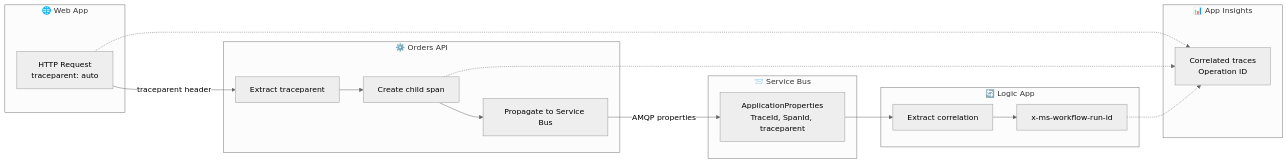
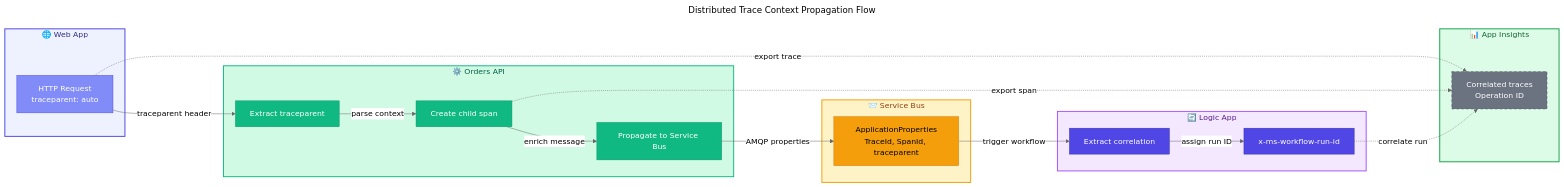
One commit to Evilazaro/Azure-LogicApps-Monitoring changed the second of 3 diagrams in docs/architecture/05-observability-architecture.md. Above: the diagram before and after it, drawn with Mermaid (neutral theme). The commit also changed other lines of this file, not shown here.

Commit message:
docs: Enhance mermaid diagrams in observability architecture with titles and improved styling for better clarity and organization

````diff
--- a/docs/architecture/05-observability-architecture.md
+++ b/docs/architecture/05-observability-architecture.md
@@ -121,35 +143,66 @@
 ```mermaid
+---
+title: Distributed Trace Context Propagation Flow
+---
 flowchart LR
-    %% Distributed Trace Context Propagation Flow
+    %% ===== CLASS DEFINITIONS =====
+    classDef primary fill:#4F46E5,stroke:#3730A3,color:#FFFFFF
+    classDef secondary fill:#10B981,stroke:#059669,color:#FFFFFF
+    classDef datastore fill:#F59E0B,stroke:#D97706,color:#000000
+    classDef external fill:#6B7280,stroke:#4B5563,color:#FFFFFF,stroke-dasharray: 5 5
+    classDef failed fill:#F44336,stroke:#C62828,color:#FFFFFF
+    classDef trigger fill:#818CF8,stroke:#4F46E5,color:#FFFFFF
+    classDef decision fill:#FFFBEB,stroke:#F59E0B,color:#000000
+    classDef input fill:#F3F4F6,stroke:#6B7280,color:#000000
+
+    %% ===== WEB APP SUBGRAPH =====
     subgraph WebApp["🌐 Web App"]
         W1["HTTP Request<br/>traceparent: auto"]
     end
+    style WebApp fill:#EEF2FF,stroke:#4F46E5,stroke-width:2px,color:#312E81
 
+    %% ===== ORDERS API SUBGRAPH =====
     subgraph API["⚙️ Orders API"]
         A1["Extract traceparent"]
         A2["Create child span"]
         A3["Propagate to Service Bus"]
     end
+    style API fill:#D1FAE5,stroke:#10B981,stroke-width:2px,color:#065F46
 
+    %% ===== SERVICE BUS SUBGRAPH =====
     subgraph ServiceBus["📨 Service Bus"]
         SB1["ApplicationProperties<br/>TraceId, SpanId, traceparent"]
     end
+    style ServiceBus fill:#FEF3C7,stroke:#F59E0B,stroke-width:2px,color:#92400E
 
+    %% ===== LOGIC APP SUBGRAPH =====
     subgraph LogicApp["🔄 Logic App"]
         LA1["Extract correlation"]
         LA2["x-ms-workflow-run-id"]
     end
+    style LogicApp fill:#F3E8FF,stroke:#A855F7,stroke-width:2px,color:#581C87
 
+    %% ===== APP INSIGHTS SUBGRAPH =====
     subgraph AppInsights["📊 App Insights"]
         AI1["Correlated traces<br/>Operation ID"]
     end
+    style AppInsights fill:#DCFCE7,stroke:#16A34A,stroke-width:2px,color:#166534
 
-    %% Flow connections
+    %% ===== FLOW CONNECTIONS =====
     W1 -->|"traceparent header"| A1
-    A1 --> A2 --> A3
+    A1 -->|"parse context"| A2
+    A2 -->|"enrich message"| A3
     A3 -->|"AMQP properties"| SB1
-    SB1 --> LA1 --> LA2
-    W1 -.-> AI1
-    A2 -.-> AI1
-    LA2 -.-> AI1
+    SB1 -->|"trigger workflow"| LA1
+    LA1 -->|"assign run ID"| LA2
+    W1 -.->|"export trace"| AI1
+    A2 -.->|"export span"| AI1
+    LA2 -.->|"correlate run"| AI1
+
+    %% ===== NODE STYLING =====
+    class W1 trigger
+    class A1,A2,A3 secondary
+    class SB1 datastore
+    class LA1,LA2 primary
+    class AI1 external
 ```
````
